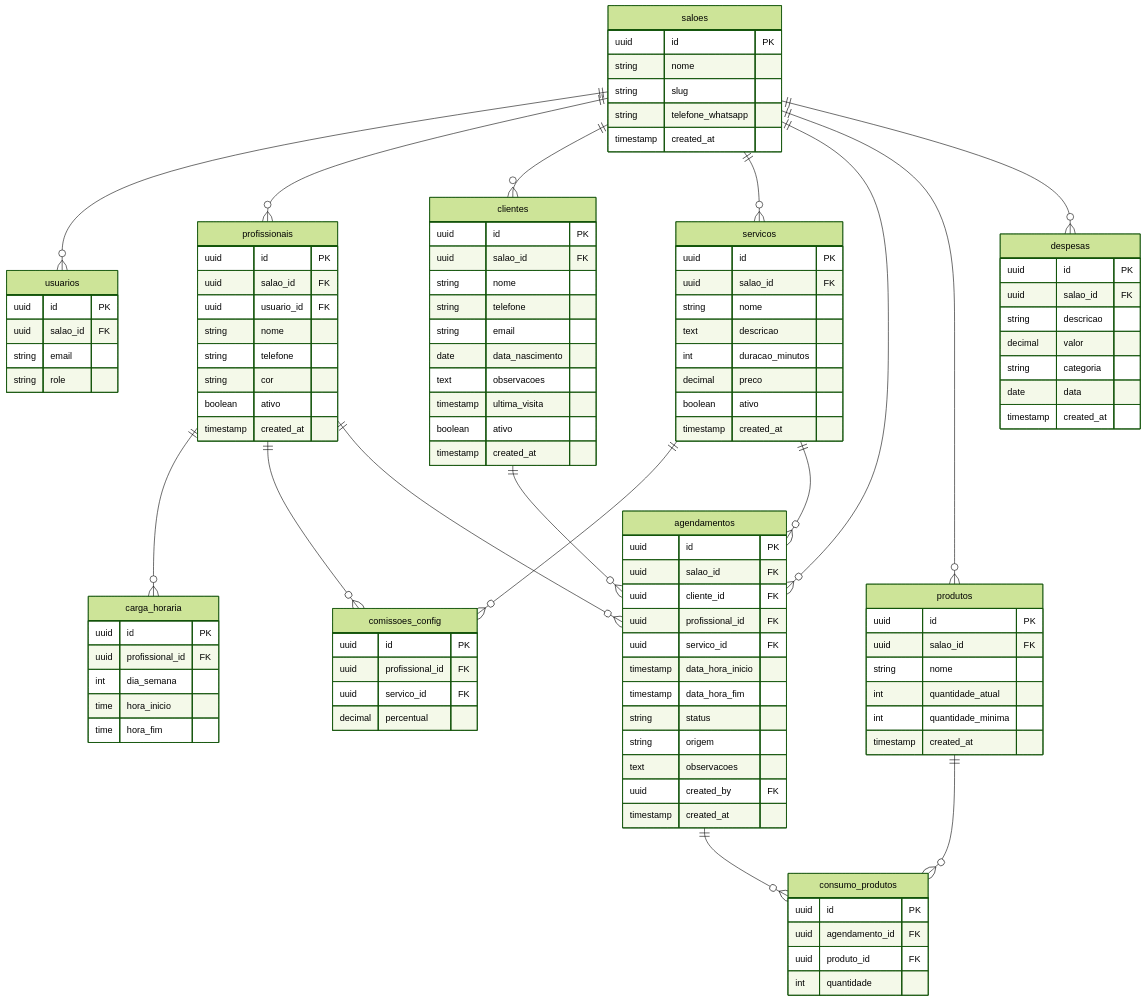
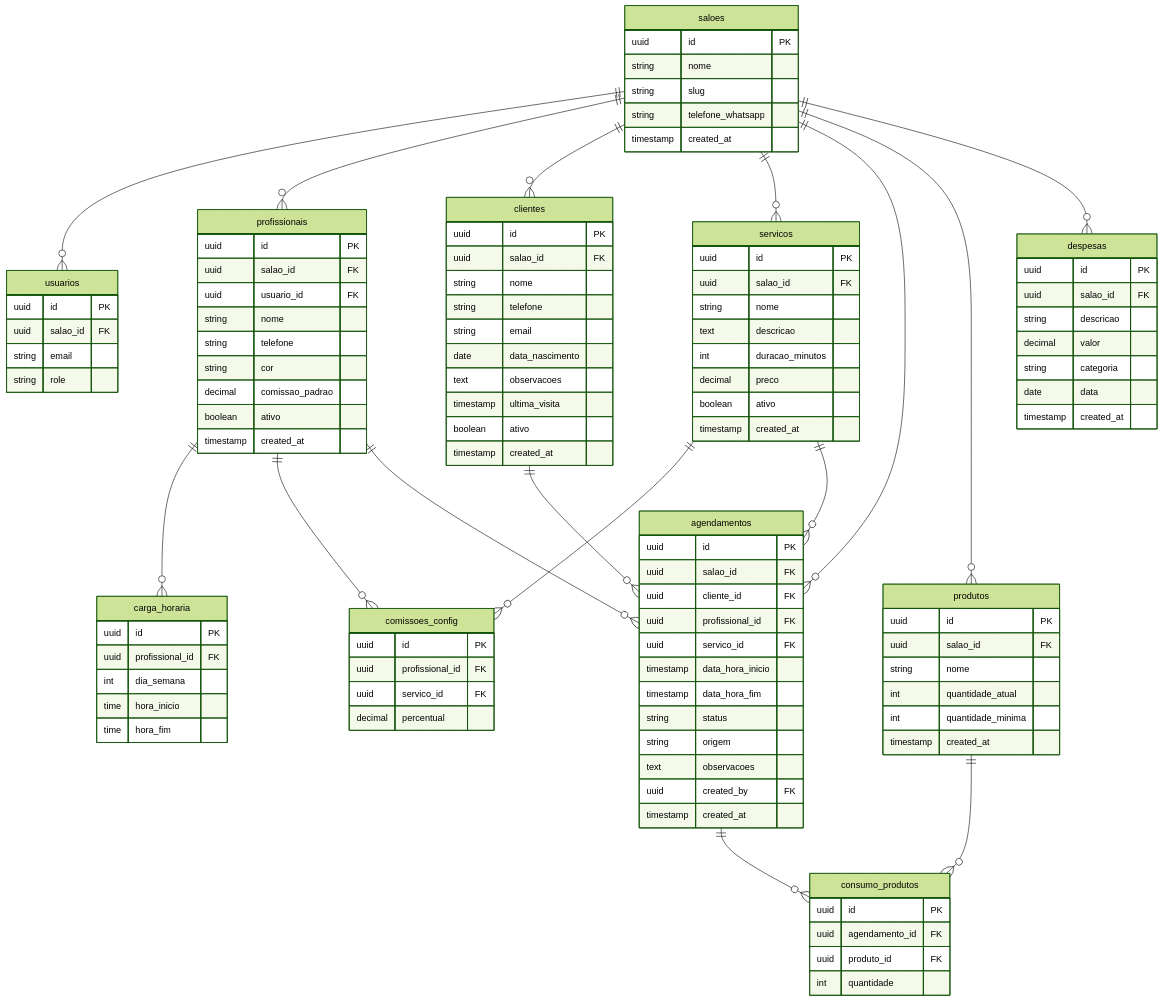
One commit to DiegoNexa/Nexa changed the seventh of 7 diagrams in DIAGRAM.md. Above: the diagram before and after it, drawn with Mermaid (forest theme). The commit also changed 11 other files, not shown here.

```diff
--- a/DIAGRAM.md
+++ b/DIAGRAM.md
@@ -199,6 +199,7 @@
         string nome
         string telefone
         string cor
+        decimal comissao_padrao
         boolean ativo
         timestamp created_at
     }
```
